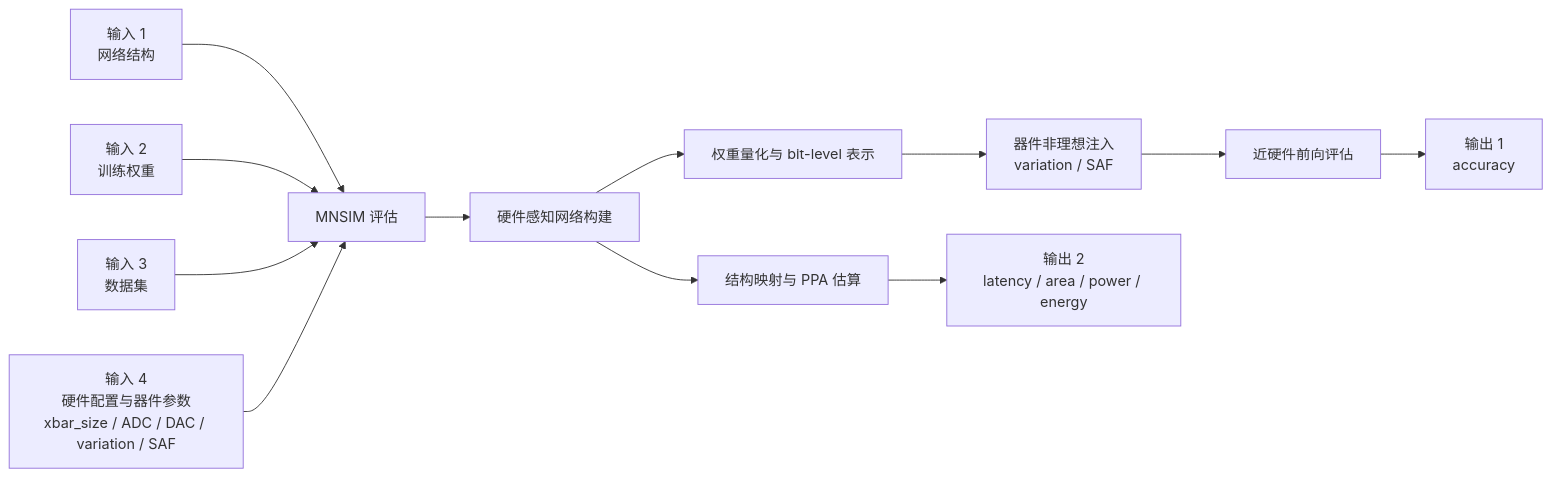
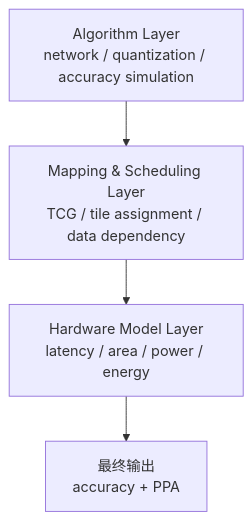
One commit to Maaannnn/MNSIM-2.0 changed the first of 3 diagrams in docs/status/group_meeting_talk.md. Above: the diagram before and after it, drawn with Mermaid. The commit also changed other lines of this file and 173 other files, not shown here.

First line of the commit message:
Add PIM simulation enhancement layer documentation and update README

````diff
--- a/docs/status/group_meeting_talk.md
+++ b/docs/status/group_meeting_talk.md
@@ -121,16 +209,6 @@
 ```mermaid
-flowchart LR
-    A["输入 1<br/>网络结构"] --> E["MNSIM 评估"]
-    B["输入 2<br/>训练权重"] --> E
-    C["输入 3<br/>数据集"] --> E
-    D["输入 4<br/>硬件配置与器件参数<br/>xbar_size / ADC / DAC / variation / SAF"] --> E
-
-    E --> F["硬件感知网络构建"]
-    F --> G["权重量化与 bit-level 表示"]
-    G --> H["器件非理想注入<br/>variation / SAF"]
-    H --> I["近硬件前向评估"]
-    F --> J["结构映射与 PPA 估算"]
-
-    I --> K["输出 1<br/>accuracy"]
-    J --> L["输出 2<br/>latency / area / power / energy"]
+flowchart TD
+    A["Algorithm Layer<br/>network / quantization / accuracy simulation"] --> B["Mapping & Scheduling Layer<br/>TCG / tile assignment / data dependency"]
+    B --> C["Hardware Model Layer<br/>latency / area / power / energy"]
+    C --> D["最终输出<br/>accuracy + PPA"]
 ```
````
